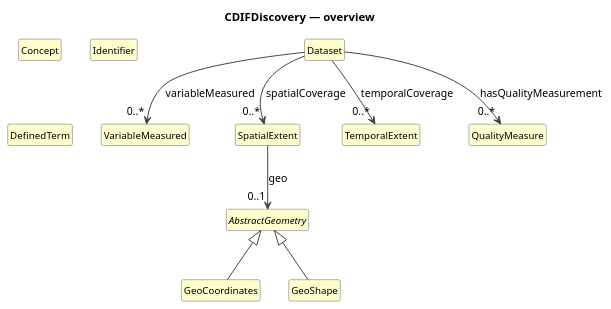
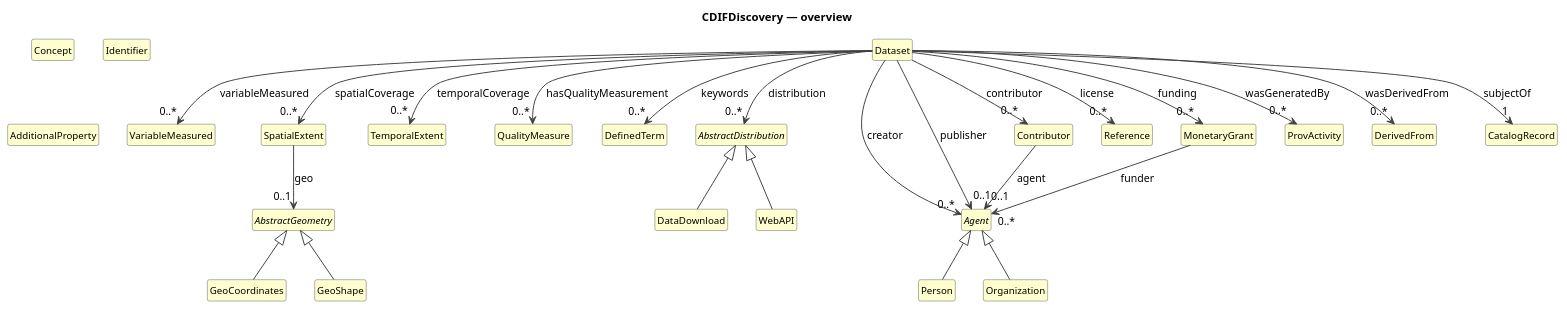
The diagram in build/field-level-documentation/CDIFDiscovery/index.pu (Cross-Domain-Interoperability-Framework/metadataBuildingBlocks), drawn with PlantUML before and after one commit. The commit also changed 432 other files, not shown here.

```diff
--- a/build/field-level-documentation/CDIFDiscovery/index.pu
+++ b/build/field-level-documentation/CDIFDiscovery/index.pu
@@ -1,32 +1,61 @@
 @startuml
 title CDIFDiscovery — overview
 hide circle
 hide empty members
 skinparam shadowing false
 skinparam ArrowThickness 1.2
 skinparam class {
   ArrowColor #404040
   BorderColor #404040
   FontSize 12
 }
 
 class "Dataset" as Dataset #FEFECE
 class "VariableMeasured" as VariableMeasured #FEFECE
 class "SpatialExtent" as SpatialExtent #FEFECE
 abstract class "AbstractGeometry" as AbstractGeometry #FEFECE
 class "GeoCoordinates" as GeoCoordinates #FEFECE
 class "GeoShape" as GeoShape #FEFECE
 class "TemporalExtent" as TemporalExtent #FEFECE
 class "QualityMeasure" as QualityMeasure #FEFECE
 class "Concept" as Concept #FEFECE
 class "Identifier" as Identifier #FEFECE
 class "DefinedTerm" as DefinedTerm #FEFECE
+abstract class "AbstractDistribution" as AbstractDistribution #FEFECE
+class "DataDownload" as DataDownload #FEFECE
+class "WebAPI" as WebAPI #FEFECE
+abstract class "Agent" as Agent #FEFECE
+class "Person" as Person #FEFECE
+class "Organization" as Organization #FEFECE
+class "Contributor" as Contributor #FEFECE
+class "AdditionalProperty" as AdditionalProperty #FEFECE
+class "Reference" as Reference #FEFECE
+class "MonetaryGrant" as MonetaryGrant #FEFECE
+class "ProvActivity" as ProvActivity #FEFECE
+class "DerivedFrom" as DerivedFrom #FEFECE
+class "CatalogRecord" as CatalogRecord #FEFECE
 AbstractGeometry <|-- GeoCoordinates
 AbstractGeometry <|-- GeoShape
+AbstractDistribution <|-- DataDownload
+AbstractDistribution <|-- WebAPI
+Agent <|-- Person
+Agent <|-- Organization
 Dataset --> "0..*" VariableMeasured : variableMeasured
 Dataset --> "0..*" SpatialExtent : spatialCoverage
 Dataset --> "0..*" TemporalExtent : temporalCoverage
 Dataset --> "0..*" QualityMeasure : hasQualityMeasurement
+Dataset --> "0..*" AbstractDistribution : distribution
+Dataset --> "0..*" Agent : creator
+Dataset --> "0..*" Contributor : contributor
+Dataset --> "0..1" Agent : publisher
+Dataset --> "0..*" MonetaryGrant : funding
+Dataset --> "0..*" ProvActivity : wasGeneratedBy
+Dataset --> "0..*" DerivedFrom : wasDerivedFrom
+Dataset --> "1" CatalogRecord : subjectOf
+Dataset --> "0..*" DefinedTerm : keywords
+Dataset --> "0..*" Reference : license
 SpatialExtent --> "0..1" AbstractGeometry : geo
+Contributor --> "0..1" Agent : agent
+MonetaryGrant --> "0..*" Agent : funder
 
 @enduml
```
